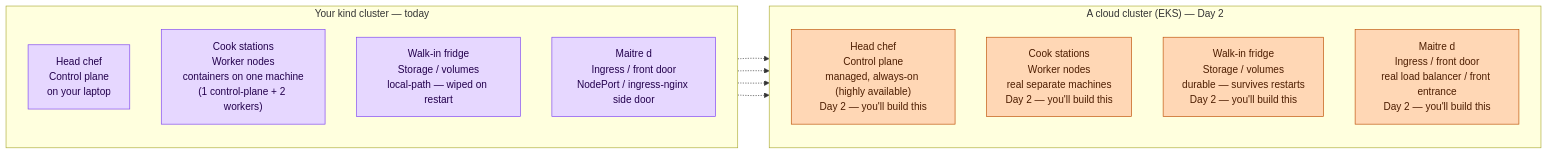
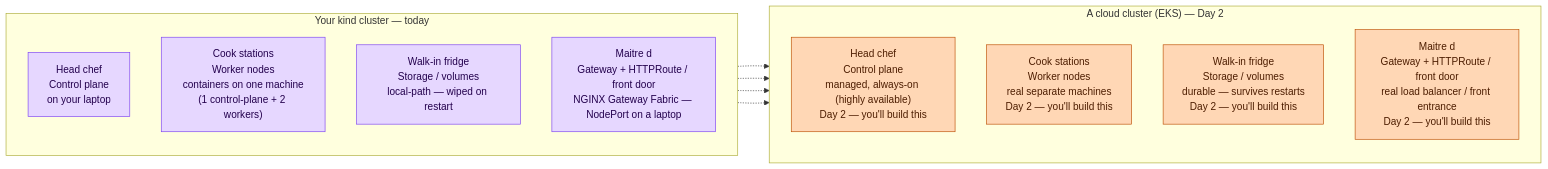
The fourth of 4 diagrams in docs/workshop/OUTLINE.md (ALT-F4-LLC/fem-kubernetes), drawn with Mermaid before and after one commit. The commit also changed other lines of this file and 5 other files, not shown here.

Commit message:
docs(workshop): migrate Ingress content to Gateway API

````diff
--- a/docs/workshop/OUTLINE.md
+++ b/docs/workshop/OUTLINE.md
@@ -275,24 +278,24 @@
 ```mermaid
 flowchart LR
     subgraph KIND["Your kind cluster — today"]
         direction TB
         L1["Head chef<br/>Control plane<br/>on your laptop"]:::found
         L2["Cook stations<br/>Worker nodes<br/>containers on one machine<br/>(1 control-plane + 2 workers)"]:::found
         L3["Walk-in fridge<br/>Storage / volumes<br/>local-path — wiped on restart"]:::found
-        L4["Maitre d<br/>Ingress / front door<br/>NodePort / ingress-nginx side door"]:::found
+        L4["Maitre d<br/>Gateway + HTTPRoute / front door<br/>NGINX Gateway Fabric — NodePort on a laptop"]:::found
     end
     subgraph CLOUD["A cloud cluster (EKS) — Day 2"]
         direction TB
         R1["Head chef<br/>Control plane<br/>managed, always-on (highly available)<br/>Day 2 — you'll build this"]:::production
         R2["Cook stations<br/>Worker nodes<br/>real separate machines<br/>Day 2 — you'll build this"]:::production
         R3["Walk-in fridge<br/>Storage / volumes<br/>durable — survives restarts<br/>Day 2 — you'll build this"]:::production
-        R4["Maitre d<br/>Ingress / front door<br/>real load balancer / front entrance<br/>Day 2 — you'll build this"]:::production
+        R4["Maitre d<br/>Gateway + HTTPRoute / front door<br/>real load balancer / front entrance<br/>Day 2 — you'll build this"]:::production
     end
     L1 -.-> R1
     L2 -.-> R2
     L3 -.-> R3
     L4 -.-> R4
 
     classDef found fill:#e6d7ff,stroke:#7a3ff2,color:#23004d
     classDef production fill:#ffd7b5,stroke:#bc4c00,color:#4d1d00
 ```
````
